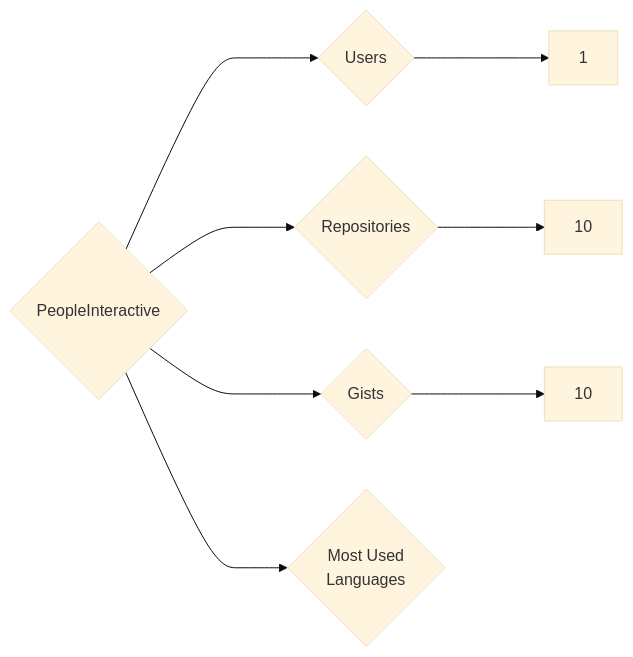
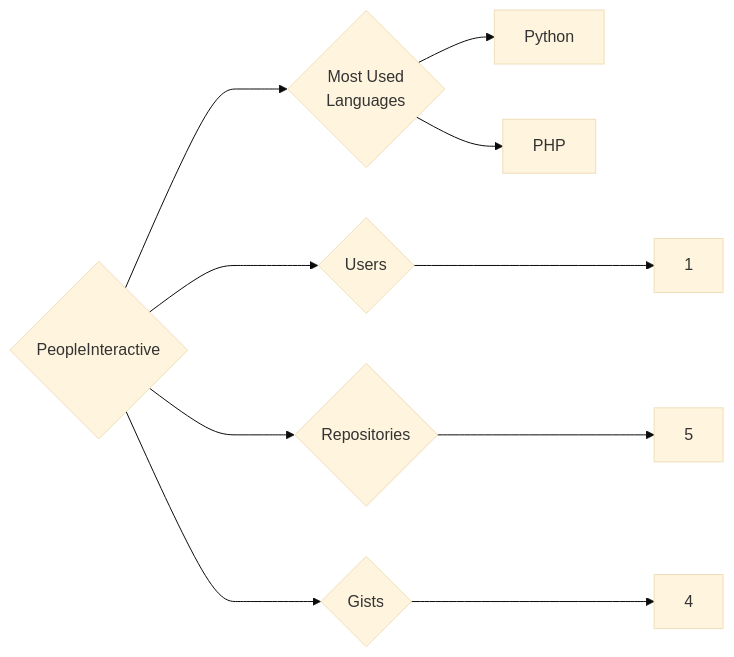
Before and after one commit to trickest/insiders: the diagram in targets/PeopleInteractive/README.md, drawn with Mermaid (base theme). The commit also changed 695 other files, not shown here.

````diff
--- a/targets/PeopleInteractive/README.md
+++ b/targets/PeopleInteractive/README.md
@@ -3,8 +3,10 @@
 ```mermaid
 graph LR
 COMPANY_NAME{PeopleInteractive}
 COMPANY_NAME ---> U{Users} ---> UN[1]
-COMPANY_NAME ---> R{Repositories} ---> RN[10]
-COMPANY_NAME ---> G{Gists} ---> GN[10]
+COMPANY_NAME ---> R{Repositories} ---> RN[5]
+COMPANY_NAME ---> G{Gists} ---> GN[4]
 COMPANY_NAME ---> ML{Most Used<br>Languages}
+ML --> Python[Python]
+ML --> PHP[PHP]
 ```
````
